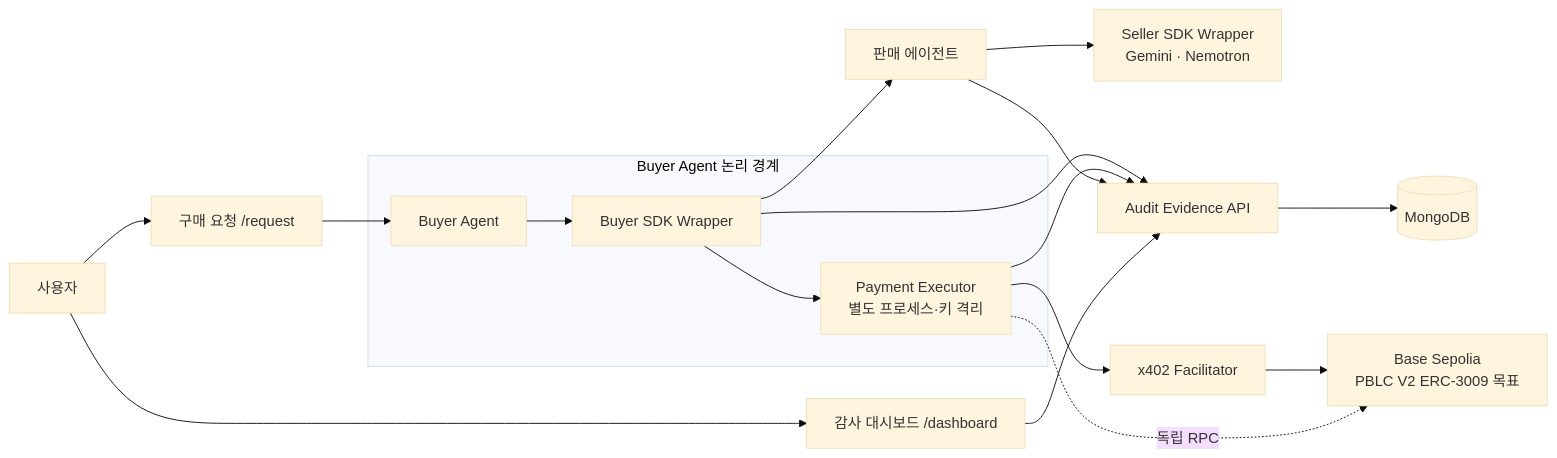
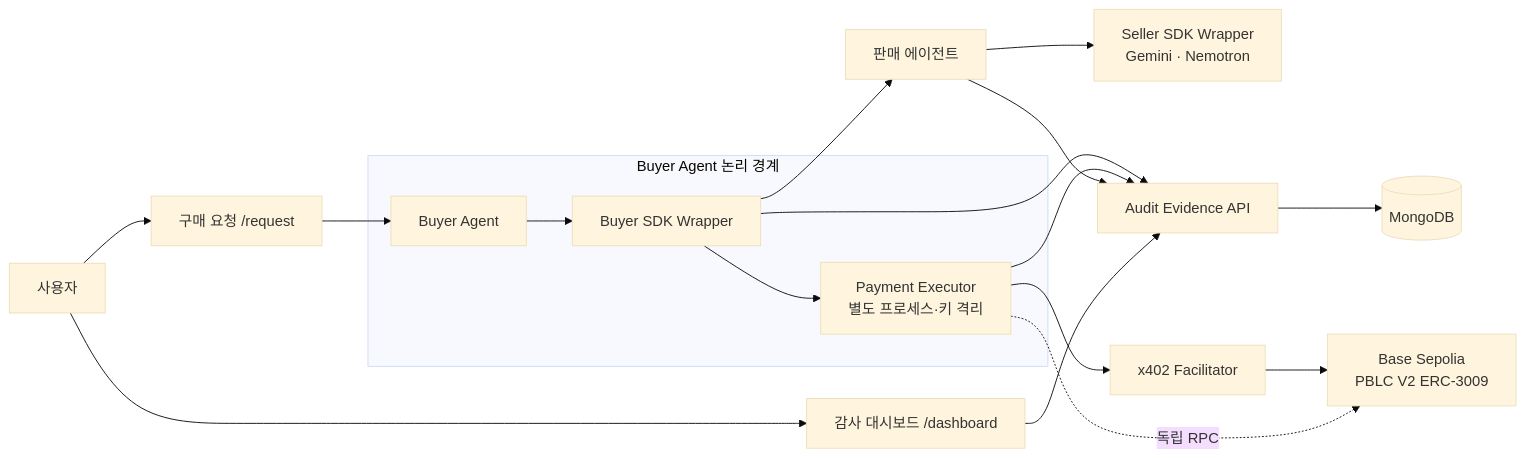
The diagram in README.md (codenameVien/ai-agent-payment-audit), drawn with Mermaid (base theme) before and after one commit. The commit also changed other lines of this file and 39 other files, not shown here.

````diff
--- a/README.md
+++ b/README.md
@@ -45,20 +45,20 @@
 ```mermaid
 flowchart LR
   U[사용자] --> R[구매 요청 /request]
   U --> D[감사 대시보드 /dashboard]
   R --> B[Buyer Agent]
   subgraph BUYER[Buyer Agent 논리 경계]
     B --> BW[Buyer SDK Wrapper]
     BW --> P[Payment Executor\n별도 프로세스·키 격리]
   end
   BW --> S[판매 에이전트]
   S --> SW[Seller SDK Wrapper\nGemini · Nemotron]
   BW --> E[Audit Evidence API]
   P --> E
   S --> E
   E --> M[(MongoDB)]
   P --> F[x402 Facilitator]
-  F --> C[Base Sepolia\nPBLC V2 ERC-3009 목표]
+  F --> C[Base Sepolia\nPBLC V2 ERC-3009]
   P -. 독립 RPC .-> C
   D --> E
 ```
````
